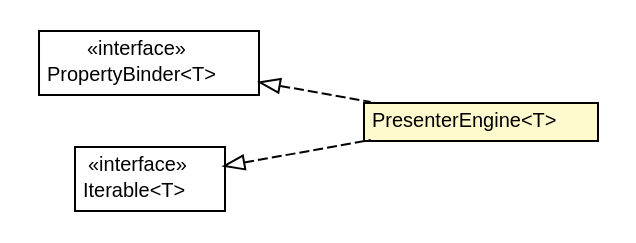
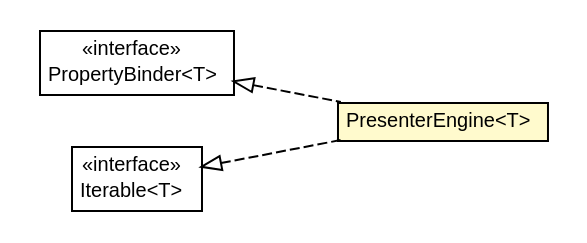
One commit to growbit/turbogwt-databind changed the diagram in javadoc/apidocs/org/turbogwt/mvp/databind/client/PresenterEngine.dot. Above: the diagram before and after it, drawn with Graphviz. The commit also changed 171 other files, not shown here.

```diff
--- a/javadoc/apidocs/org/turbogwt/mvp/databind/client/PresenterEngine.dot
+++ b/javadoc/apidocs/org/turbogwt/mvp/databind/client/PresenterEngine.dot
@@ -1,37 +1,37 @@
 #!/usr/local/bin/dot
 #
 # Class diagram 
 # Generated by UMLGraph version R5_6-24-gf6e263 (http://www.umlgraph.org/)
 #
 
 digraph G {
-	edge [fontname="Helvetica",fontsize=10,labelfontname="Helvetica",labelfontsize=10];
-	node [fontname="Helvetica",fontsize=10,shape=plaintext];
+	edge [fontname="arial",fontsize=10,labelfontname="arial",labelfontsize=10];
+	node [fontname="arial",fontsize=10,shape=plaintext];
 	nodesep=0.25;
 	ranksep=0.5;
 	rankdir=LR;
-	// org.turbogwt.mvp.databind.client.PresenterEngine<T>
-	c676 [label=<<table title="org.turbogwt.mvp.databind.client.PresenterEngine" border="0" cellborder="1" cellspacing="0" cellpadding="2" port="p" bgcolor="lemonChiffon" href="./PresenterEngine.html">
-		<tr><td><table border="0" cellspacing="0" cellpadding="1">
-<tr><td align="center" balign="center"> PresenterEngine&lt;T&gt; </td></tr>
-		</table></td></tr>
-		</table>>, URL="./PresenterEngine.html", fontname="Helvetica", fontcolor="black", fontsize=10.0];
 	// org.turbogwt.mvp.databind.client.PropertyBinder<T>
-	c678 [label=<<table title="org.turbogwt.mvp.databind.client.PropertyBinder" border="0" cellborder="1" cellspacing="0" cellpadding="2" port="p" href="./PropertyBinder.html">
+	c852 [label=<<table title="org.turbogwt.mvp.databind.client.PropertyBinder" border="0" cellborder="1" cellspacing="0" cellpadding="2" port="p" href="./PropertyBinder.html">
 		<tr><td><table border="0" cellspacing="0" cellpadding="1">
 <tr><td align="center" balign="center"> &#171;interface&#187; </td></tr>
 <tr><td align="center" balign="center"> PropertyBinder&lt;T&gt; </td></tr>
 		</table></td></tr>
-		</table>>, URL="./PropertyBinder.html", fontname="Helvetica", fontcolor="black", fontsize=10.0];
+		</table>>, URL="./PropertyBinder.html", fontname="arial", fontcolor="black", fontsize=10.0];
+	// org.turbogwt.mvp.databind.client.PresenterEngine<T>
+	c853 [label=<<table title="org.turbogwt.mvp.databind.client.PresenterEngine" border="0" cellborder="1" cellspacing="0" cellpadding="2" port="p" bgcolor="lemonChiffon" href="./PresenterEngine.html">
+		<tr><td><table border="0" cellspacing="0" cellpadding="1">
+<tr><td align="center" balign="center"> PresenterEngine&lt;T&gt; </td></tr>
+		</table></td></tr>
+		</table>>, URL="./PresenterEngine.html", fontname="arial", fontcolor="black", fontsize=10.0];
 	//org.turbogwt.mvp.databind.client.PresenterEngine<T> implements org.turbogwt.mvp.databind.client.PropertyBinder<T>
-	c678:p -> c676:p [dir=back,arrowtail=empty,style=dashed];
+	c852:p -> c853:p [dir=back,arrowtail=empty,style=dashed];
 	//org.turbogwt.mvp.databind.client.PresenterEngine<T> implements java.lang.Iterable<T>
-	c699:p -> c676:p [dir=back,arrowtail=empty,style=dashed];
+	c885:p -> c853:p [dir=back,arrowtail=empty,style=dashed];
 	// java.lang.Iterable<T>
-	c699 [label=<<table title="java.lang.Iterable" border="0" cellborder="1" cellspacing="0" cellpadding="2" port="p" href="http://download.oracle.com/javase/7/docs/api/java/lang/Iterable.html">
+	c885 [label=<<table title="java.lang.Iterable" border="0" cellborder="1" cellspacing="0" cellpadding="2" port="p" href="http://download.oracle.com/javase/7/docs/api/java/lang/Iterable.html">
 		<tr><td><table border="0" cellspacing="0" cellpadding="1">
 <tr><td align="center" balign="center"> &#171;interface&#187; </td></tr>
 <tr><td align="center" balign="center"> Iterable&lt;T&gt; </td></tr>
 		</table></td></tr>
-		</table>>, URL="http://download.oracle.com/javase/7/docs/api/java/lang/Iterable.html", fontname="Helvetica", fontcolor="black", fontsize=10.0];
+		</table>>, URL="http://download.oracle.com/javase/7/docs/api/java/lang/Iterable.html", fontname="arial", fontcolor="black", fontsize=10.0];
 }
```
